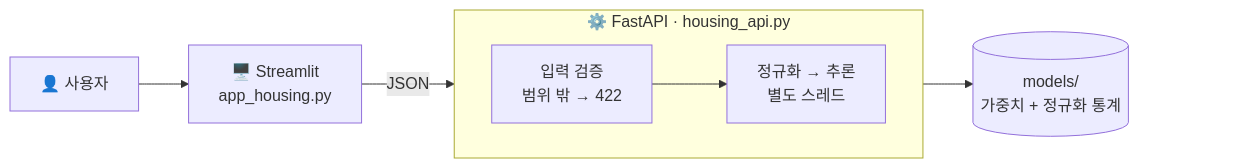
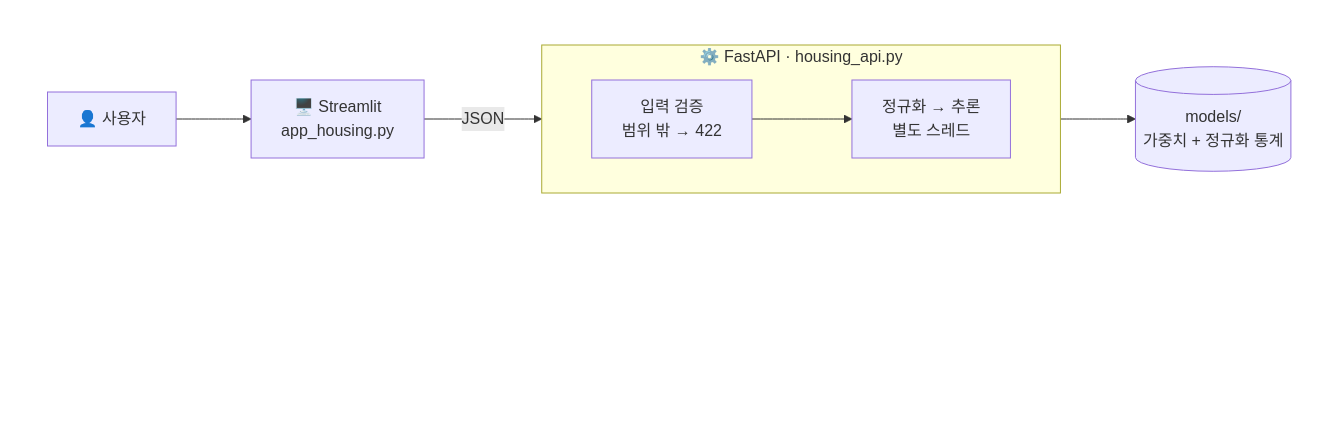
The diagram in Serving/Serving03/README.md (stella1298/AIFFEL_Quest_EPA), drawn with Mermaid before and after one commit. The commit also changed 7 other files, not shown here.

Commit message:
Serving02~05: 머메이드 그림 아래에 빈 자리를 두어 확대·이동 버튼에 가리지 않게 수정

````diff
--- a/Serving/Serving03/README.md
+++ b/Serving/Serving03/README.md
@@ -20,13 +20,17 @@
 ```mermaid
-flowchart LR
-    U["👤 사용자"] --> S["🖥️ Streamlit<br/>app_housing.py"]
-    S -->|"JSON"| A
-    subgraph A["⚙️ FastAPI · housing_api.py"]
+flowchart TB
+    %% 가로 흐름을 투명한 상자에 담고, 아래에 빈 줄을 두어 GitHub 의 확대·이동 버튼이 그림을 가리지 않게 합니다
+    subgraph flow[" "]
         direction LR
-        V["입력 검증<br/>범위 밖 → 422"] --> P["정규화 → 추론<br/>별도 스레드"]
+        U["👤 사용자"] --> S["🖥️ Streamlit<br/>app_housing.py"]
+        S -->|"JSON"| A
+        subgraph A["⚙️ FastAPI · housing_api.py"]
+            direction LR
+            V["입력 검증<br/>범위 밖 → 422"] --> P["정규화 → 추론<br/>별도 스레드"]
+        end
+        P --> M[("models/<br/>가중치 + 정규화 통계")]
     end
-    P --> M[("models/<br/>가중치 + 정규화 통계")]
-    %% 오른쪽 아래 확대·이동 버튼이 그림을 가리지 않게 비워 두는 자리
-    M ~~~ pad["　　　　　　　　　"]
+    flow ~~~ pad["<br/><br/><br/><br/><br/>"]
+    style flow fill:none,stroke:none
     style pad fill:none,stroke:none
 ```
````
